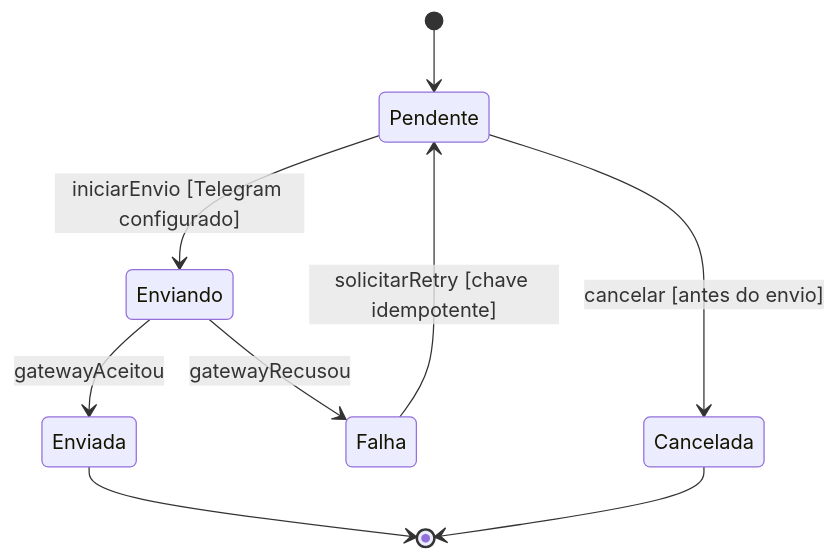
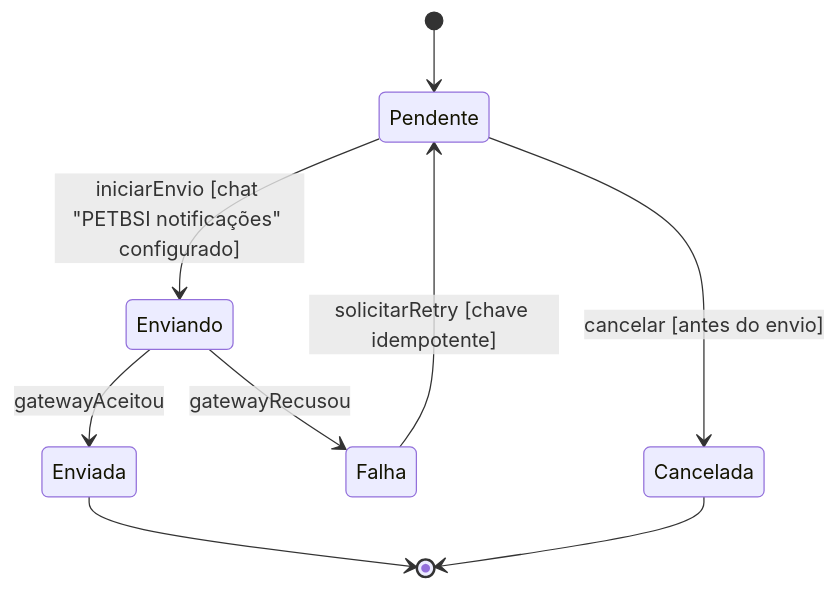
The fourth of 6 diagrams in docs/especificao-de-software/06-diagrama-de-estados.md (LuHenRe/PETBSI-SCRUM), drawn with Mermaid before and after one commit. The commit also changed other lines of this file and 18 other files, not shown here.

````diff
--- a/docs/especificao-de-software/06-diagrama-de-estados.md
+++ b/docs/especificao-de-software/06-diagrama-de-estados.md
@@ -105,11 +105,11 @@
 ```mermaid
 stateDiagram-v2
     [*] --> Pendente
-    Pendente --> Enviando : iniciarEnvio [Telegram configurado]
+    Pendente --> Enviando : iniciarEnvio [chat "PETBSI notificações" configurado]
     Enviando --> Enviada : gatewayAceitou
     Enviando --> Falha : gatewayRecusou
     Falha --> Pendente : solicitarRetry [chave idempotente]
     Pendente --> Cancelada : cancelar [antes do envio]
     Enviada --> [*]
     Cancelada --> [*]
 ```
````
